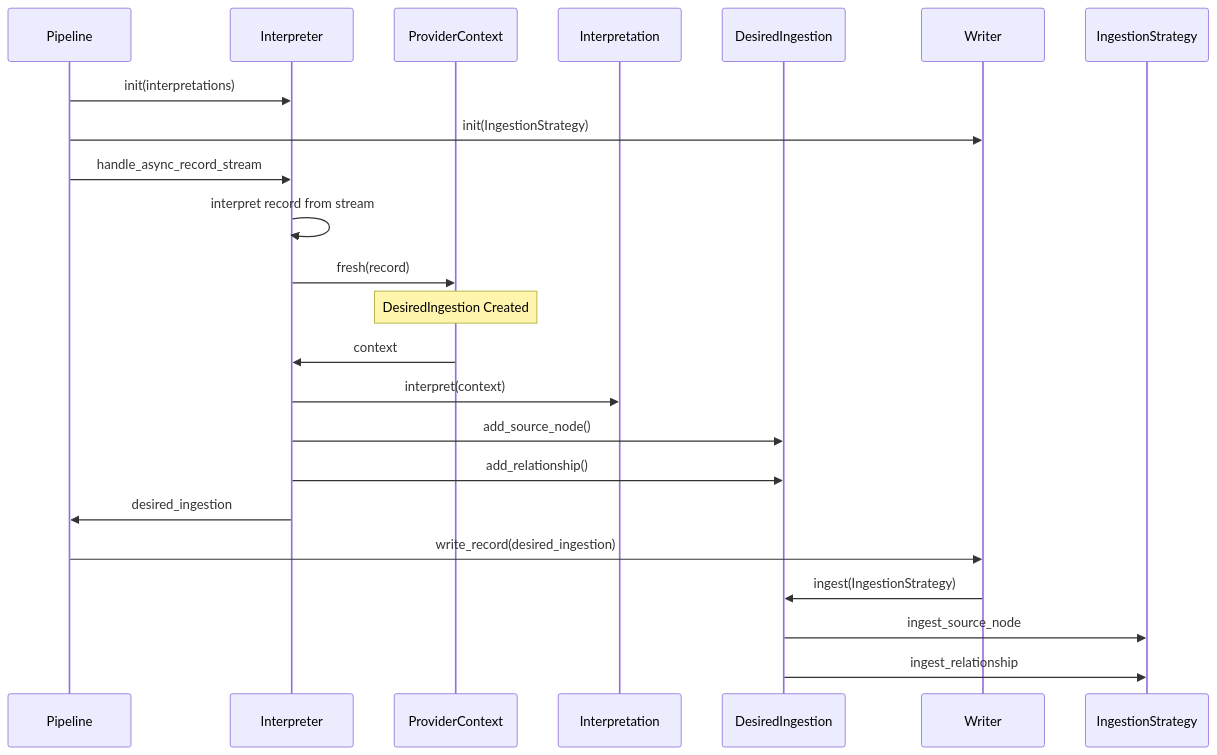
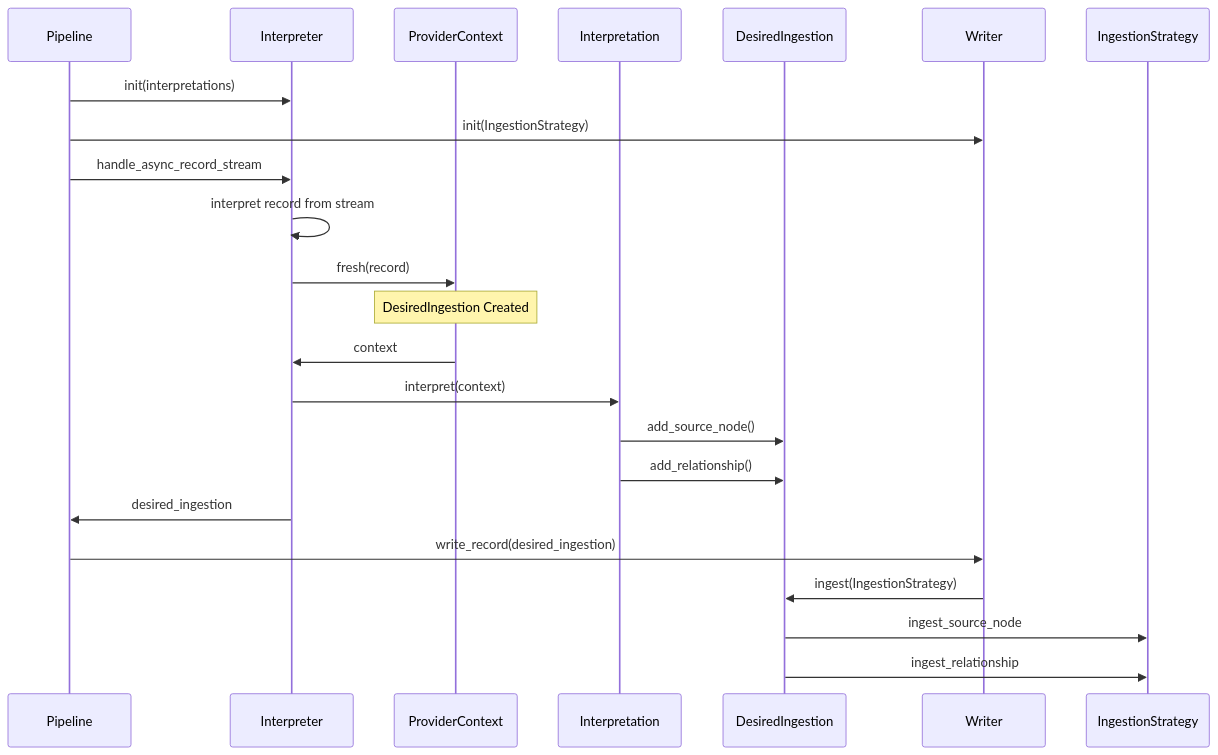
Before and after one commit to nodestream-proj/docs: the diagram in docs/developer-reference/interpreting.md, drawn with Mermaid.

Commit message:
fixing the sequence diagram

````diff
--- a/docs/developer-reference/interpreting.md
+++ b/docs/developer-reference/interpreting.md
@@ -8,26 +8,26 @@
 ```mermaid
 sequenceDiagram
     participant P as Pipeline
     participant I as Interpreter
     participant C as ProviderContext
     participant Int as Interpretation
     participant D as DesiredIngestion
     participant W as Writer
     participant S as IngestionStrategy
 
     P->>I: init(interpretations)
     P->>W: init(IngestionStrategy)
     P->>I: handle_async_record_stream
     I->>I: interpret record from stream
     I->>C: fresh(record)
     Note over C: DesiredIngestion Created
     C->>I: context
     I->>Int: interpret(context)
-    I->>D: add_source_node()
-    I->>D: add_relationship()
+    Int->>D: add_source_node()
+    Int->>D: add_relationship()
     I->>P: desired_ingestion
     P->>W: write_record(desired_ingestion)
     W->>D: ingest(IngestionStrategy)
     D->>S: ingest_source_node
     D->>S: ingest_relationship 
 ```
````
